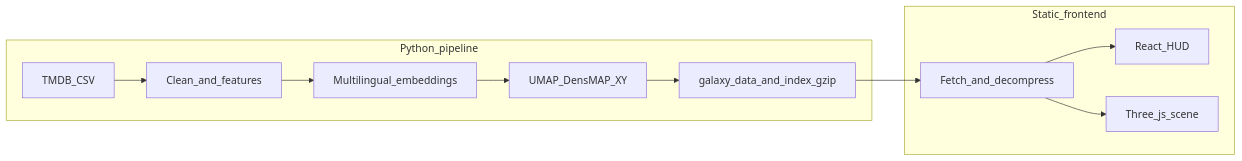
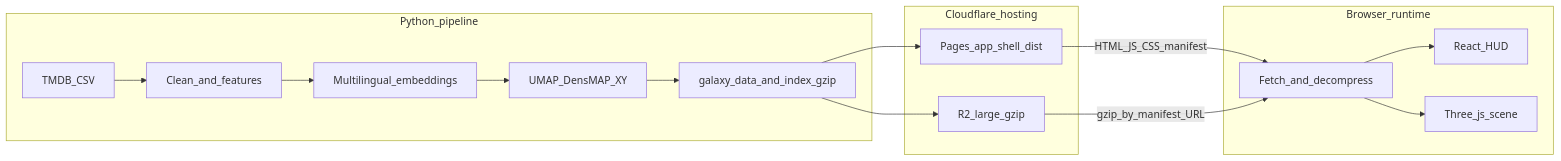
The diagram in README.md (XYBuilds/chronicle_v3_3d_galaxy), drawn with Mermaid before and after one commit. The commit also changed other lines of this file and 12 other files, not shown here.

````diff
--- a/README.md
+++ b/README.md
@@ -95,18 +104,26 @@
 ```mermaid
 flowchart LR
   subgraph pipeline [Python_pipeline]
     Raw[TMDB_CSV]
     Clean[Clean_and_features]
     Embed[Multilingual_embeddings]
     UMAP[UMAP_DensMAP_XY]
     Export[galaxy_data_and_index_gzip]
     Raw --> Clean --> Embed --> UMAP --> Export
   end
-  subgraph web [Static_frontend]
+  subgraph cf [Cloudflare_hosting]
+    Pages[Pages_app_shell_dist]
+    R2[R2_large_gzip]
+  end
+  subgraph web [Browser_runtime]
     Fetch[Fetch_and_decompress]
     HUD[React_HUD]
     GL[Three_js_scene]
-    Export --> Fetch --> HUD
+    Fetch --> HUD
     Fetch --> GL
   end
+  Export --> R2
+  Export --> Pages
+  Pages -->|HTML_JS_CSS_manifest| Fetch
+  R2 -->|gzip_by_manifest_URL| Fetch
 ```
````
